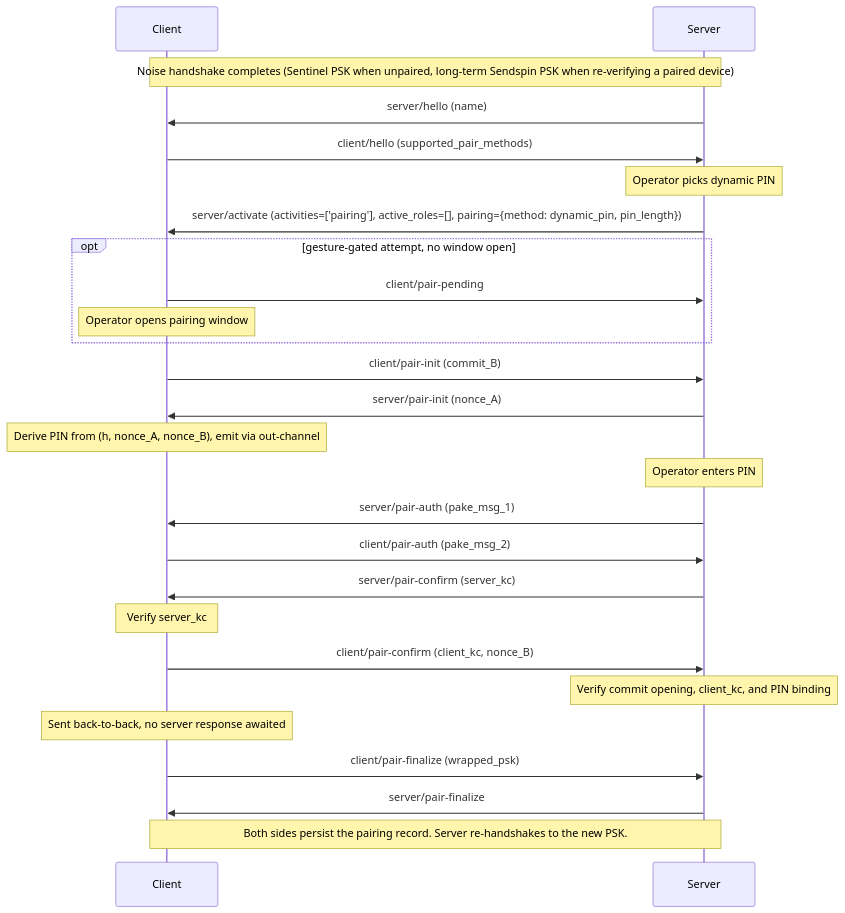
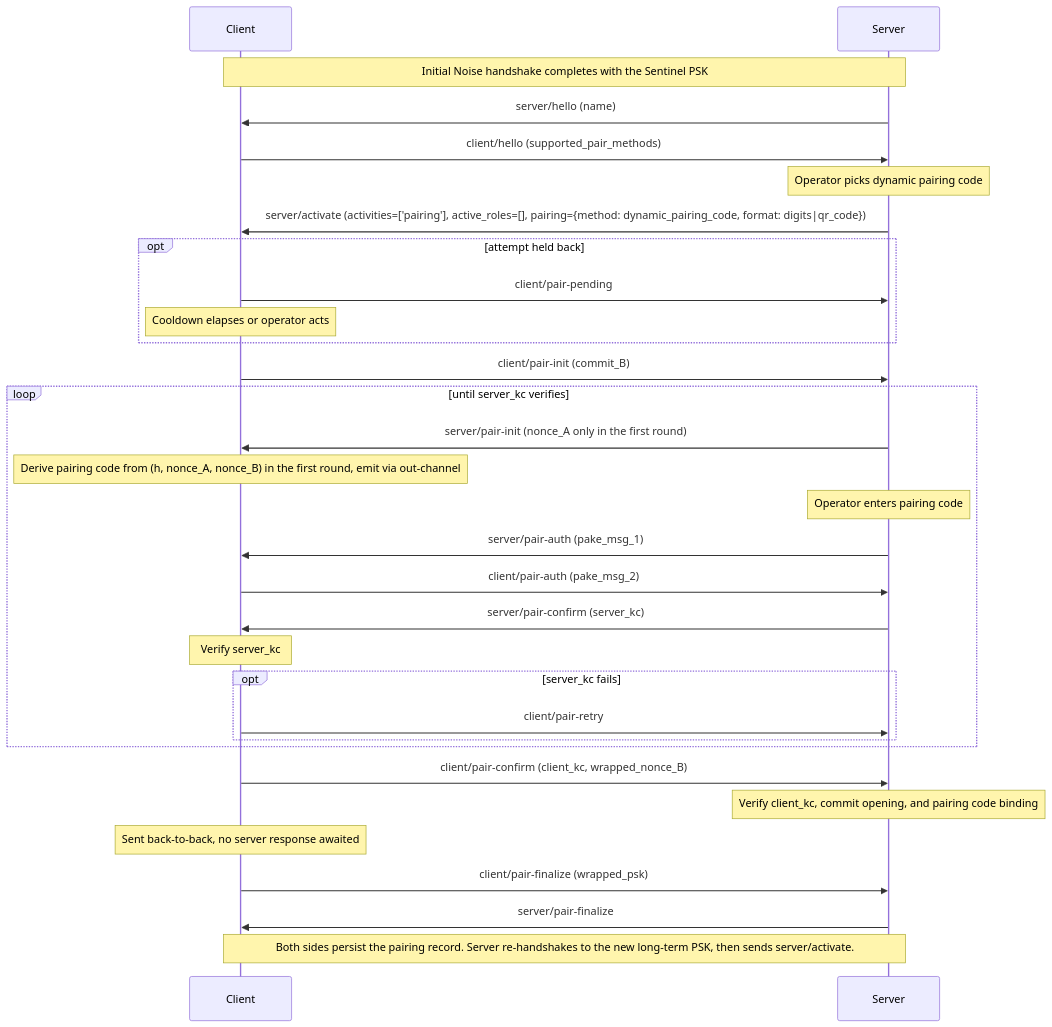
The third of 4 diagrams in src/build/spec.md (Sendspin/sendspin-audio.com), drawn with Mermaid before and after one commit. The commit also changed other lines of this file and 2 other files, not shown here.

````diff
--- a/src/build/spec.md
+++ b/src/build/spec.md
@@ -835,30 +904,35 @@
 ```mermaid
 sequenceDiagram
     participant Client
     participant Server
 
-    Note over Client,Server: Noise handshake completes (Sentinel PSK when unpaired, long-term Sendspin PSK when re-verifying a paired device)
+    Note over Client,Server: Initial Noise handshake completes with the Sentinel PSK
 
     Server->>Client: server/hello (name)
     Client->>Server: client/hello (supported_pair_methods)
-    Note over Server: Operator picks dynamic PIN
-    Server->>Client: server/activate (activities=['pairing'], active_roles=[], pairing={method: dynamic_pin, pin_length})
-    opt gesture-gated attempt, no window open
+    Note over Server: Operator picks dynamic pairing code
+    Server->>Client: server/activate (activities=['pairing'], active_roles=[], pairing={method: dynamic_pairing_code, format: digits|qr_code})
+    opt attempt held back
         Client->>Server: client/pair-pending
-        Note over Client: Operator opens pairing window
+        Note over Client: Cooldown elapses or operator acts
     end
     Client->>Server: client/pair-init (commit_B)
-    Server->>Client: server/pair-init (nonce_A)
-    Note over Client: Derive PIN from (h, nonce_A, nonce_B), emit via out-channel
-    Note over Server: Operator enters PIN
-    Server->>Client: server/pair-auth (pake_msg_1)
-    Client->>Server: client/pair-auth (pake_msg_2)
-    Server->>Client: server/pair-confirm (server_kc)
-    Note over Client: Verify server_kc
-    Client->>Server: client/pair-confirm (client_kc, nonce_B)
-    Note over Server: Verify commit opening, client_kc, and PIN binding
+    loop until server_kc verifies
+        Server->>Client: server/pair-init (nonce_A only in the first round)
+        Note over Client: Derive pairing code from (h, nonce_A, nonce_B) in the first round, emit via out-channel
+        Note over Server: Operator enters pairing code
+        Server->>Client: server/pair-auth (pake_msg_1)
+        Client->>Server: client/pair-auth (pake_msg_2)
+        Server->>Client: server/pair-confirm (server_kc)
+        Note over Client: Verify server_kc
+        opt server_kc fails
+            Client->>Server: client/pair-retry
+        end
+    end
+    Client->>Server: client/pair-confirm (client_kc, wrapped_nonce_B)
+    Note over Server: Verify client_kc, commit opening, and pairing code binding
     Note over Client: Sent back-to-back, no server response awaited
     Client->>Server: client/pair-finalize (wrapped_psk)
     Server->>Client: server/pair-finalize
-    Note over Client,Server: Both sides persist the pairing record. Server re-handshakes to the new PSK.
+    Note over Client,Server: Both sides persist the pairing record. Server re-handshakes to the new long-term PSK, then sends server/activate.
 ```
````
